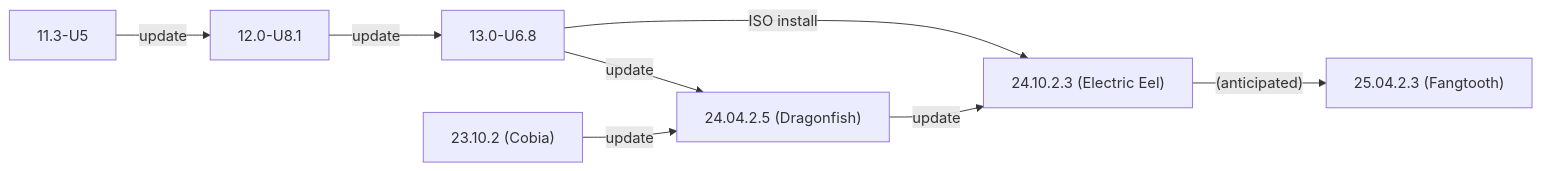
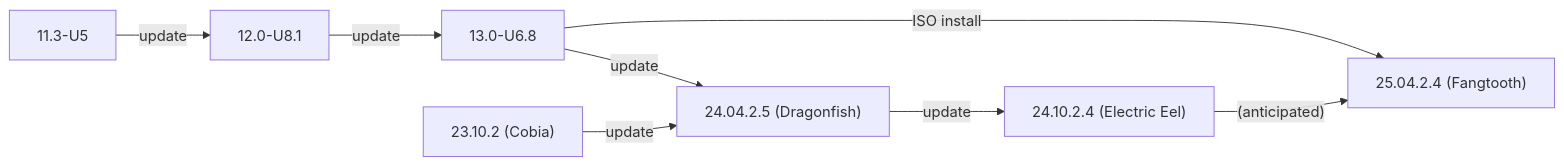
One commit to truenas/documentation changed the second of 2 diagrams in static/includes/SCALEUpgradePaths.md. Above: the diagram before and after it, drawn with Mermaid. The commit also changed other lines of this file and 3 other files, not shown here.

```diff
--- a/static/includes/SCALEUpgradePaths.md
+++ b/static/includes/SCALEUpgradePaths.md
@@ -87,11 +87,11 @@
           {{< mermaid class="mermaid_sizing" >}}
           flowchart LR
             A["11.3-U5"] -->|update| B
             B["12.0-U8.1"] -->|update| C
-            C["13.0-U6.8"] -->|ISO install| F
+            C["13.0-U6.8"] -->|ISO install| G
             C -->|update| E
             D["23.10.2 (Cobia)"] -->|update| E
             E["24.04.2.5 (Dragonfish)"]  -->|update| F
-            F["24.10.2.3 (Electric Eel)"] -->|"(anticipated)"| G
-            G["25.04.2.3 (Fangtooth)"]
+            F["24.10.2.4 (Electric Eel)"] -->|"(anticipated)"| G
+            G["25.04.2.4 (Fangtooth)"]
           {{< /mermaid >}}
```
